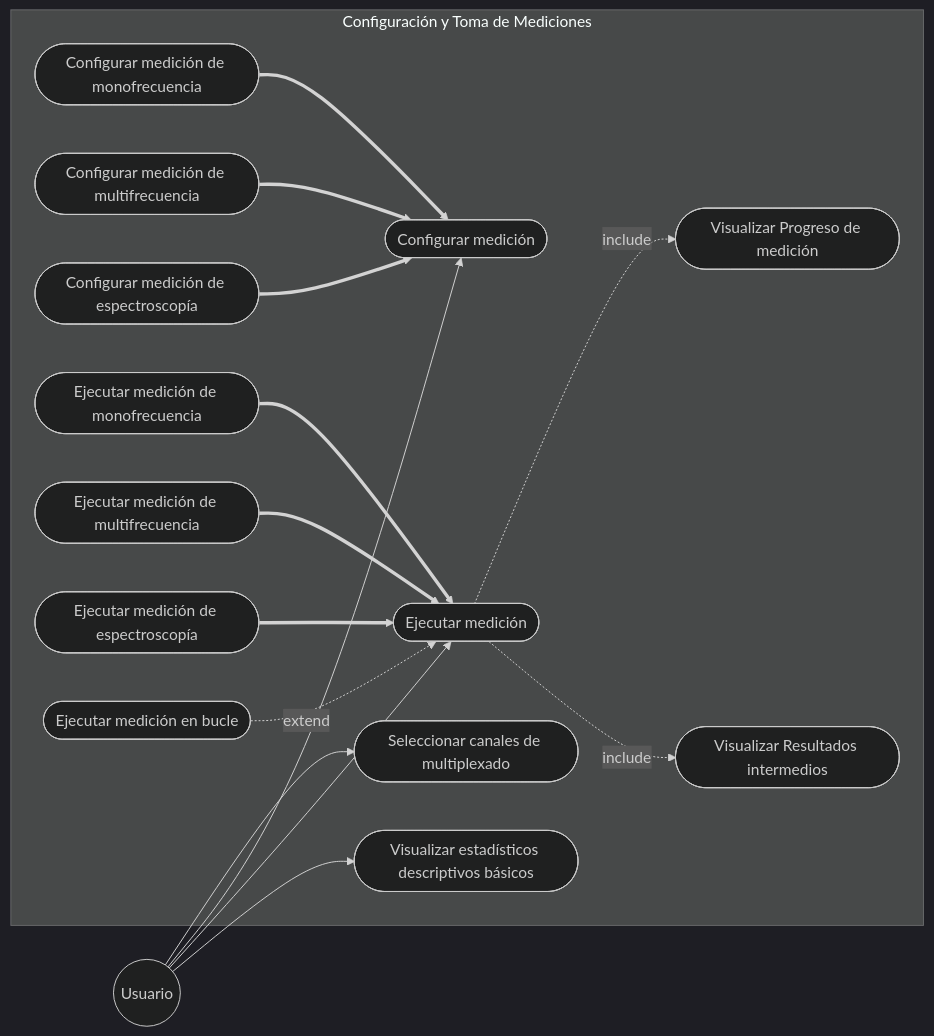
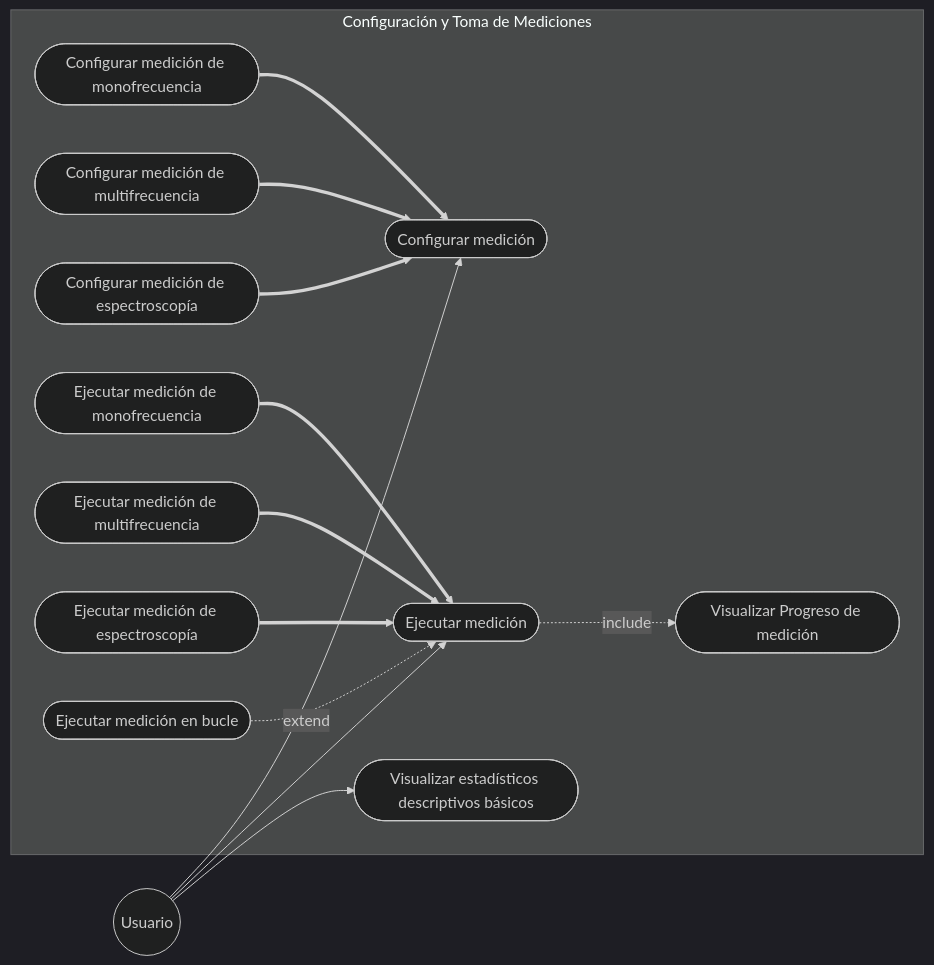
Before and after one commit to alegrelias/Repo-GMini: the third of 5 diagrams in Gmini-MarkDown/Diagramas/Casos de Uso.md, drawn with Mermaid (dark theme).

Commit message:
Se modifica diagrama de casos de uso

````diff
--- a/Gmini-MarkDown/Diagramas/Casos de Uso.md
+++ b/Gmini-MarkDown/Diagramas/Casos de Uso.md
@@ -46,42 +46,37 @@
 ```mermaid
 flowchart LR
 %% Actores
 Usuario((Usuario))
 
 subgraph Configuración y Toma de Mediciones
-	CU1([Seleccionar canales de multiplexado])
-	CU2([Configurar medición])
-	CU3([Configurar medición de monofrecuencia])
-	CU4([Configurar medición de multifrecuencia])
-	CU5([Configurar medición de espectroscopía])
-	CU6([Ejecutar medición])
-	CU7([Ejecutar medición de monofrecuencia])
-	CU8([Ejecutar medición de multifrecuencia])
-	CU9([Ejecutar medición de espectroscopía])
-	CU10([Visualizar Progreso de medición])
-	CU11([Visualizar Resultados intermedios])
-	CU12([Visualizar estadísticos descriptivos básicos])
-	CU13([Ejecutar medición en bucle])
-	
+	CU1([Configurar medición])
+	CU2([Configurar medición de monofrecuencia])
+	CU3([Configurar medición de multifrecuencia])
+	CU4([Configurar medición de espectroscopía])
+	CU5([Ejecutar medición])
+	CU6([Ejecutar medición de monofrecuencia])
+	CU7([Ejecutar medición de multifrecuencia])
+	CU8([Ejecutar medición de espectroscopía])
+	CU9([Visualizar Progreso de medición])
+	CU10([Visualizar estadísticos descriptivos básicos])
+	CU11([Ejecutar medición en bucle])
 end
 
 %% Generalización
-CU3 ==> CU2
-CU4 ==> CU2
-CU5 ==> CU2
-CU7 ==> CU6
-CU8 ==> CU6
-CU9 ==> CU6
+CU2 ==> CU1
+CU3 ==> CU1
+CU4 ==> CU1
+CU6 ==> CU5
+CU7 ==> CU5
+CU8 ==> CU5
 
 
 %% Asociaciones
 Usuario --> CU1
-Usuario --> CU2
-Usuario --> CU6
-Usuario --> CU12
+Usuario --> CU5
+Usuario --> CU10
 
 %% Relaciones Include/Extend
-CU6 -.include.-> CU10
-CU6 -.include.-> CU11
-CU13 -.extend.-> CU6
+CU5 -.include.-> CU9
+CU11 -.extend.-> CU5
 ```
````
